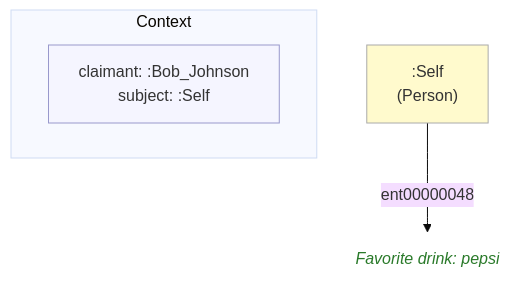
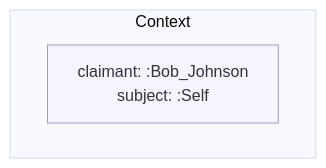
One commit to MeeFoundation/mia-ontologies changed the diagram in example/contexts/images/self.bob-johnson(bob-johnson)(others)(08).mmd. Above: the diagram before and after it, drawn with Mermaid (base theme). The commit also changed 62 other files, not shown here.

```diff
--- a/example/contexts/images/self.bob-johnson(bob-johnson)(others)(08).mmd
+++ b/example/contexts/images/self.bob-johnson(bob-johnson)(others)(08).mmd
@@ -1,16 +1,11 @@
 flowchart TD
     classDef person fill:#fffacd,stroke:#aaa,color:#333
     classDef grp    fill:#d4edda,stroke:#aaa,color:#333
     classDef org    fill:#cce5ff,stroke:#aaa,color:#333
     classDef lit    fill:none,stroke:none,font-style:italic,color:#2a7a2a
     classDef meta   fill:#f5f5ff,stroke:#9999cc,color:#333
 
     subgraph ctx["Context"]
         direction LR
         ctx_meta["claimant: :Bob_Johnson\nsubject: :Self"]:::meta
     end
-
-    ne0c3ba92f1db[":Self\n(Person)"]:::person
-    n4a11ae177d98("Favorite drink: pepsi"):::lit
-
-    ne0c3ba92f1db -->|"ent00000048"| n4a11ae177d98
```
